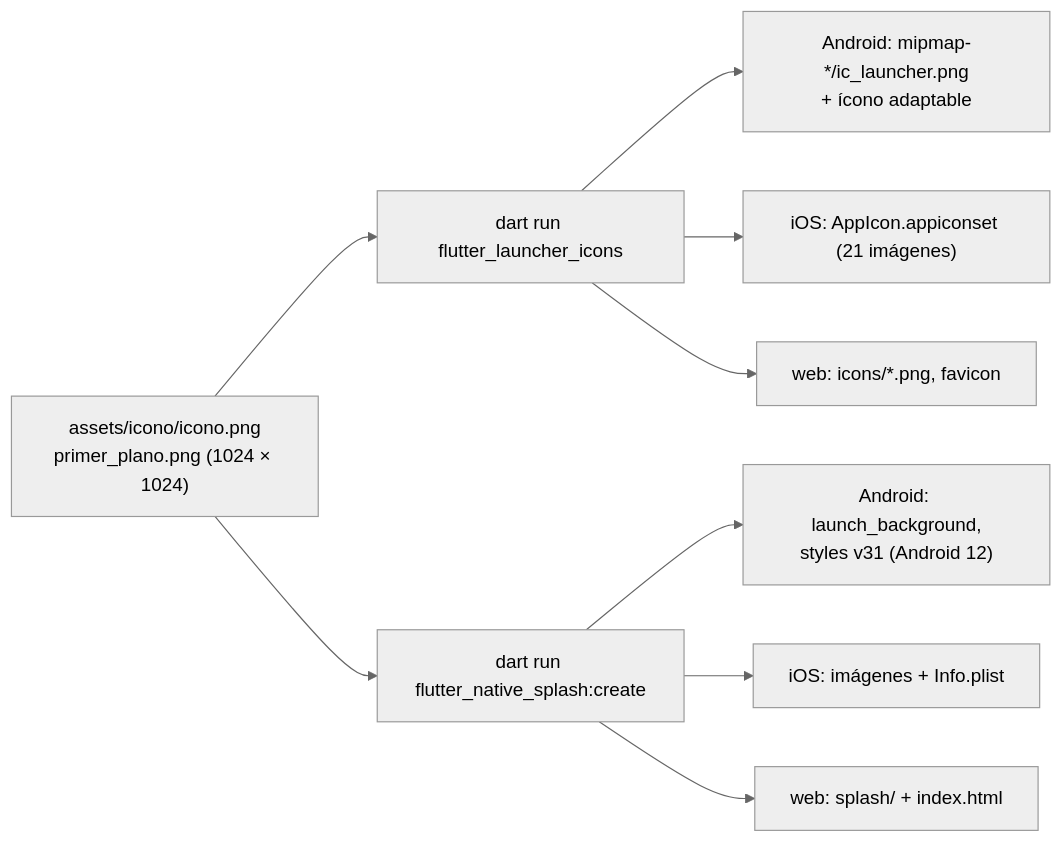
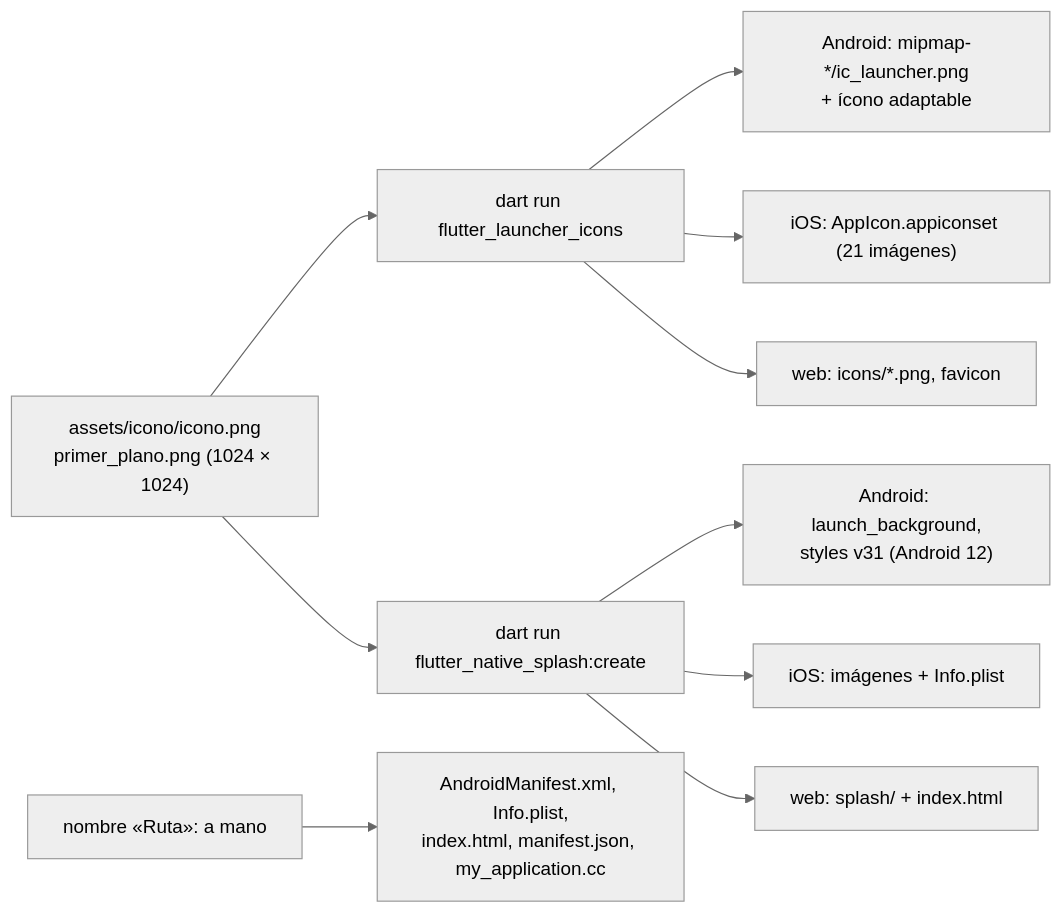
Before and after one commit to NICORUIZ93/The_Imperial_Book: the third of 4 diagrams in web/public/content/flutter/modulo-11.md, drawn with Mermaid (neutral theme). The commit also changed other lines of this file and 65 other files, not shown here.

````diff
--- a/web/public/content/flutter/modulo-11.md
+++ b/web/public/content/flutter/modulo-11.md
@@ -786,11 +1017,12 @@
 ```mermaid
 flowchart LR
     I["assets/icono/icono.png<br/>primer_plano.png (1024 × 1024)"] --> L["dart run flutter_launcher_icons"]
     I --> S["dart run flutter_native_splash:create"]
     L --> A["Android: mipmap-*/ic_launcher.png<br/>+ ícono adaptable"]
     L --> IO["iOS: AppIcon.appiconset (21 imágenes)"]
     L --> W["web: icons/*.png, favicon"]
     S --> SA["Android: launch_background,<br/>styles v31 (Android 12)"]
     S --> SI["iOS: imágenes + Info.plist"]
     S --> SW["web: splash/ + index.html"]
+    N["nombre «Ruta»: a mano"] --> NA["AndroidManifest.xml, Info.plist,<br/>index.html, manifest.json, my_application.cc"]
 ```
````
